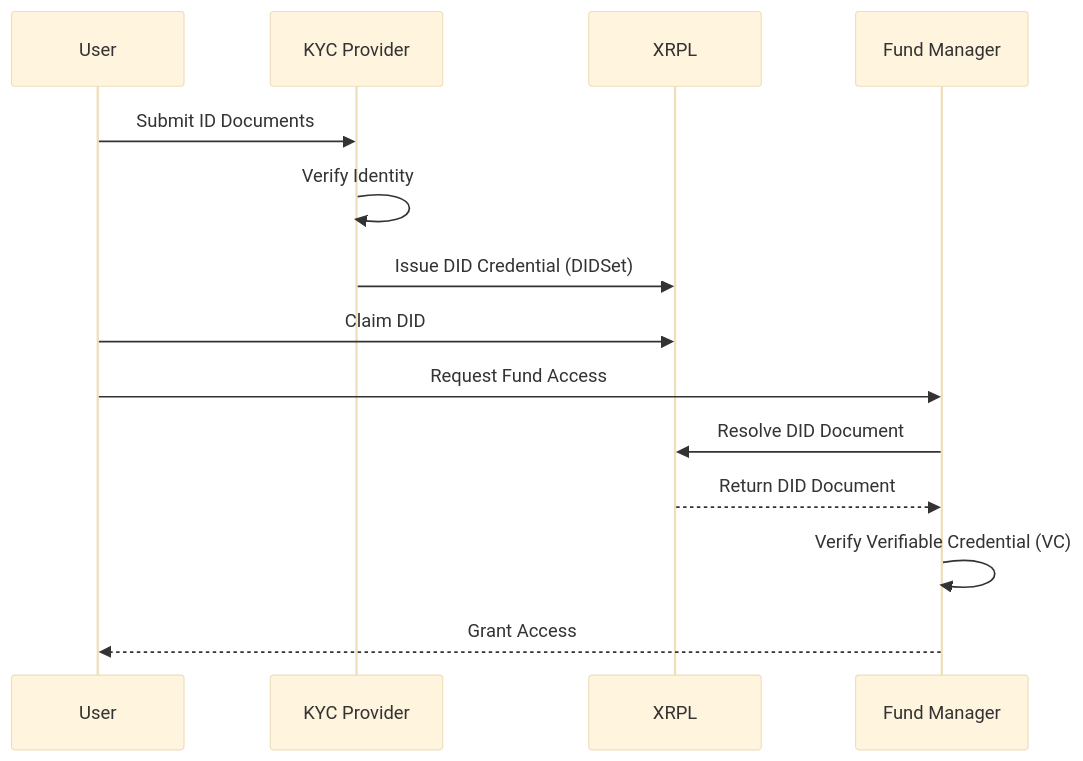
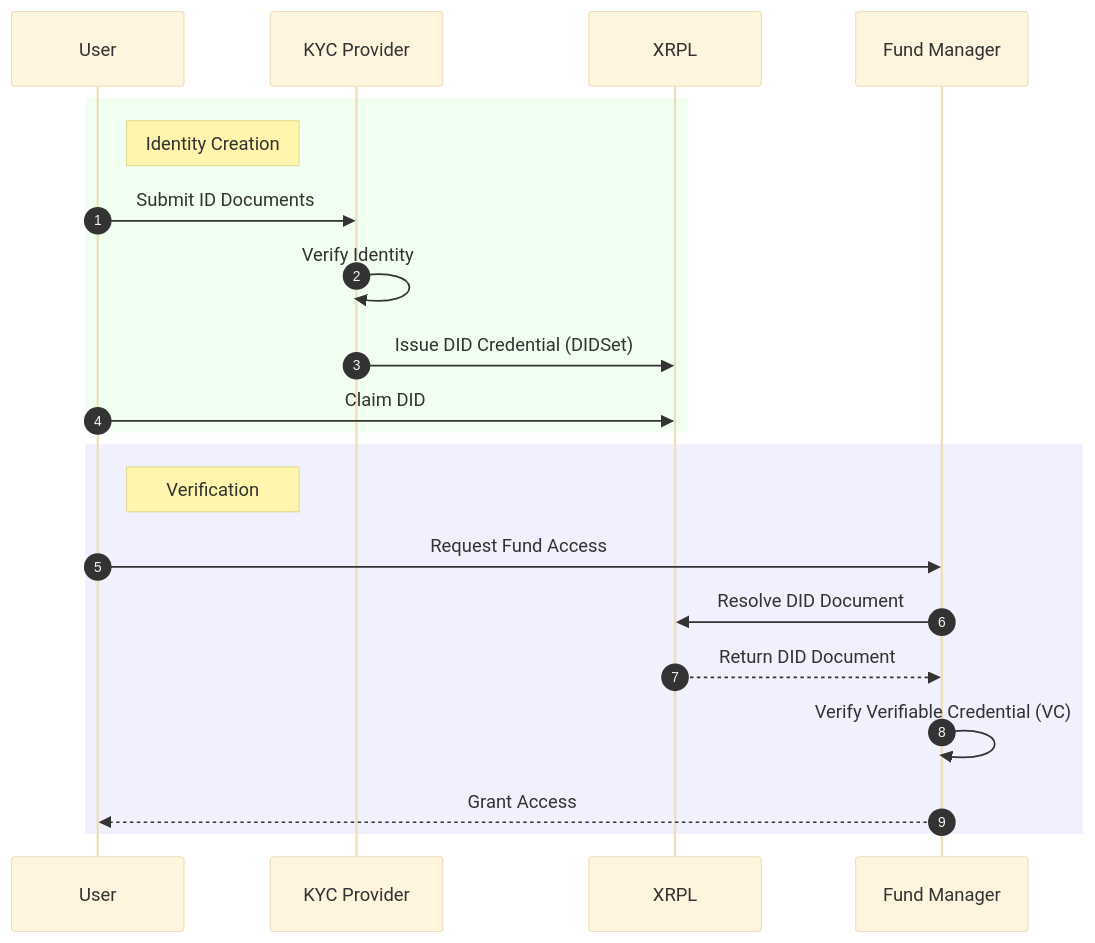
Before and after one commit to MrDecryptDecipher/xrpl-institutional-fund-management: the ninth of 17 diagrams in README.md, drawn with Mermaid (base theme). The commit also changed other lines of this file, not shown here.

Commit message:
docs: enhance mermaid diagrams with color and detail

````diff
--- a/README.md
+++ b/README.md
@@ -269,18 +399,25 @@
 ```mermaid
 sequenceDiagram
+    autonumber
     participant User
     participant Issuer as KYC Provider
     participant Ledger as XRPL
     participant Fund as Fund Manager
 
+    rect rgb(240, 255, 240)
+    Note right of User: Identity Creation
     User->>Issuer: Submit ID Documents
     Issuer->>Issuer: Verify Identity
     Issuer->>Ledger: Issue DID Credential (DIDSet)
     User->>Ledger: Claim DID
+    end
     
+    rect rgb(240, 240, 255)
+    Note right of User: Verification
     User->>Fund: Request Fund Access
     Fund->>Ledger: Resolve DID Document
     Ledger-->>Fund: Return DID Document
     Fund->>Fund: Verify Verifiable Credential (VC)
     Fund-->>User: Grant Access
+    end
 ```
````
